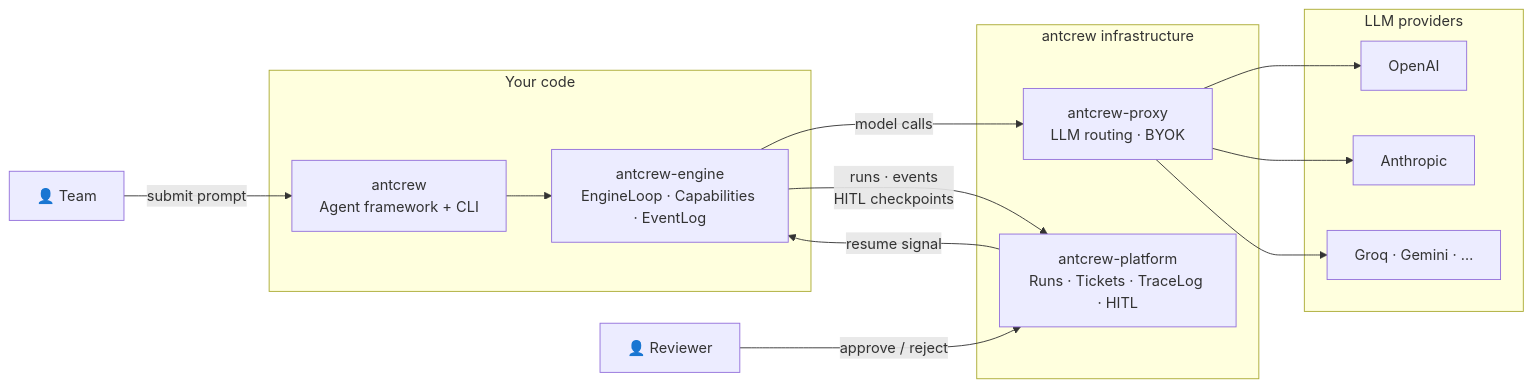
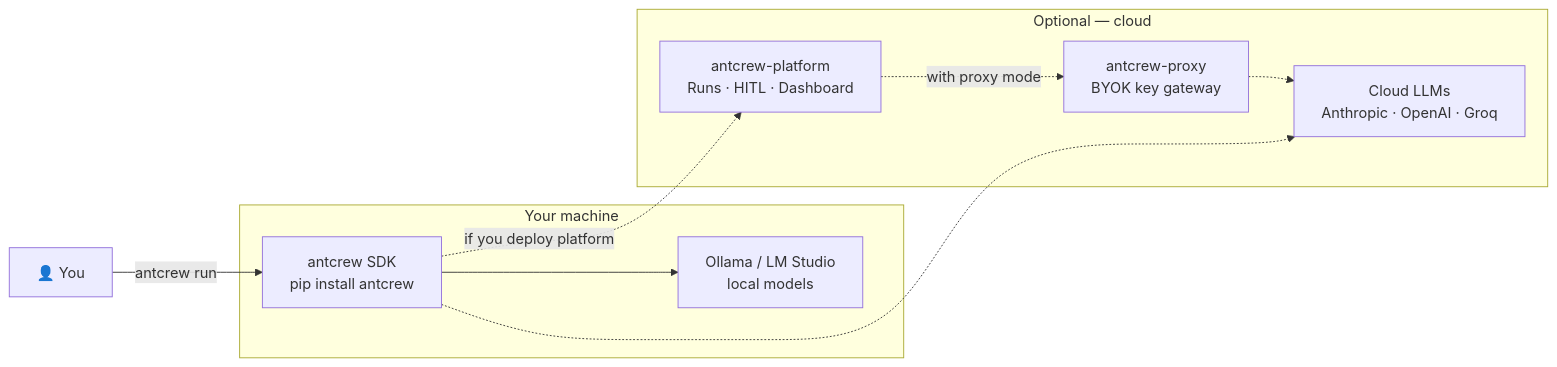
One commit to iagop03/antcrew-docs changed the diagram in docs/index.md. Above: the diagram before and after it, drawn with Mermaid. The commit also changed other lines of this file and 2 other files, not shown here.

First line of the commit message:
docs: local-first rewrite — quickstart guide, nav restructure, SDK Reference tab

````diff
--- a/docs/index.md
+++ b/docs/index.md
@@ -57,26 +41,20 @@
 ```mermaid
 flowchart LR
-    subgraph code["Your code"]
-        AC["antcrew\nAgent framework + CLI"]
-        ENG["antcrew-engine\nEngineLoop · Capabilities · EventLog"]
+    subgraph local["Your machine"]
+        AC["antcrew SDK\npip install antcrew"]
+        OL["Ollama / LM Studio\nlocal models"]
     end
 
-    subgraph infra["antcrew infrastructure"]
-        PX["antcrew-proxy\nLLM routing · BYOK"]
-        AP["antcrew-platform\nRuns · Tickets · TraceLog · HITL"]
+    subgraph cloud_opt["Optional — cloud"]
+        AP["antcrew-platform\nRuns · HITL · Dashboard"]
+        PX["antcrew-proxy\nBYOK key gateway"]
+        CL["Cloud LLMs\nAnthropic · OpenAI · Groq"]
     end
 
-    subgraph providers["LLM providers"]
-        L1["OpenAI"]
-        L2["Anthropic"]
-        L3["Groq · Gemini · …"]
-    end
-
-    PM["👤 Team"] -->|"submit prompt"| AC
-    AC --> ENG
-    ENG -->|"model calls"| PX
-    PX --> L1 & L2 & L3
-    ENG -->|"runs · events\nHITL checkpoints"| AP
-    REV["👤 Reviewer"] -->|"approve / reject"| AP
-    AP -->|"resume signal"| ENG
+    DEV["👤 You"] -->|"antcrew run"| AC
+    AC --> OL
+    AC -.->|"if you deploy platform"| AP
+    AP -.->|"with proxy mode"| PX
+    PX -.-> CL
+    AC -.-> CL
 ```
````
